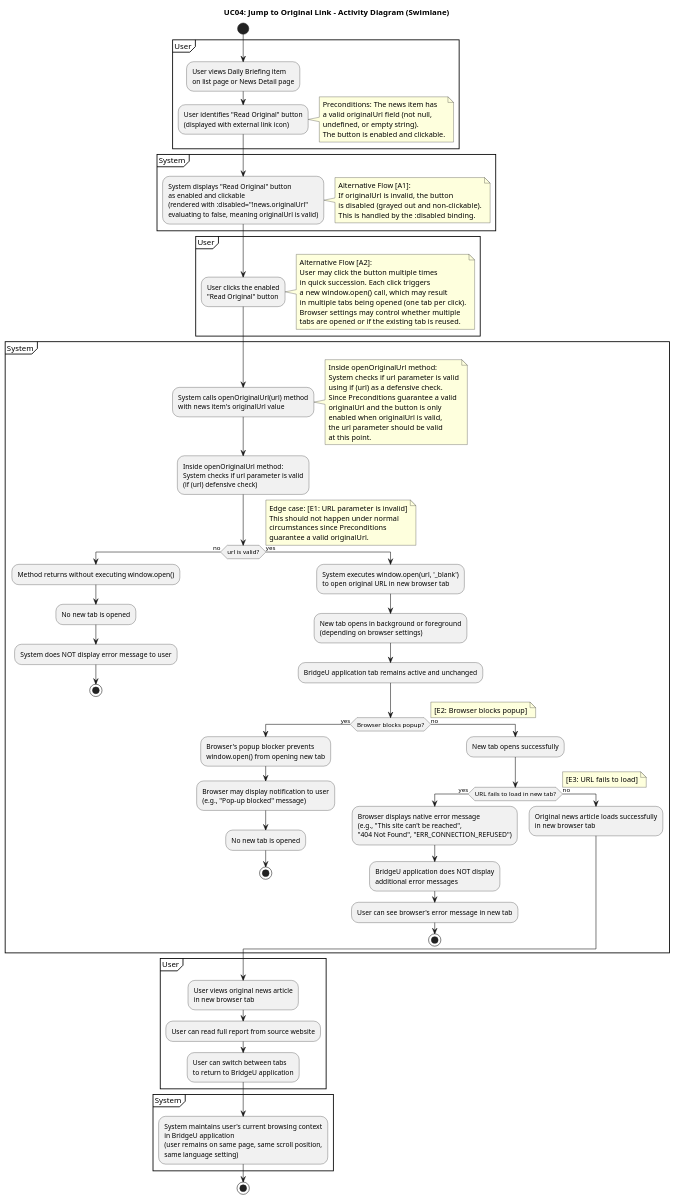
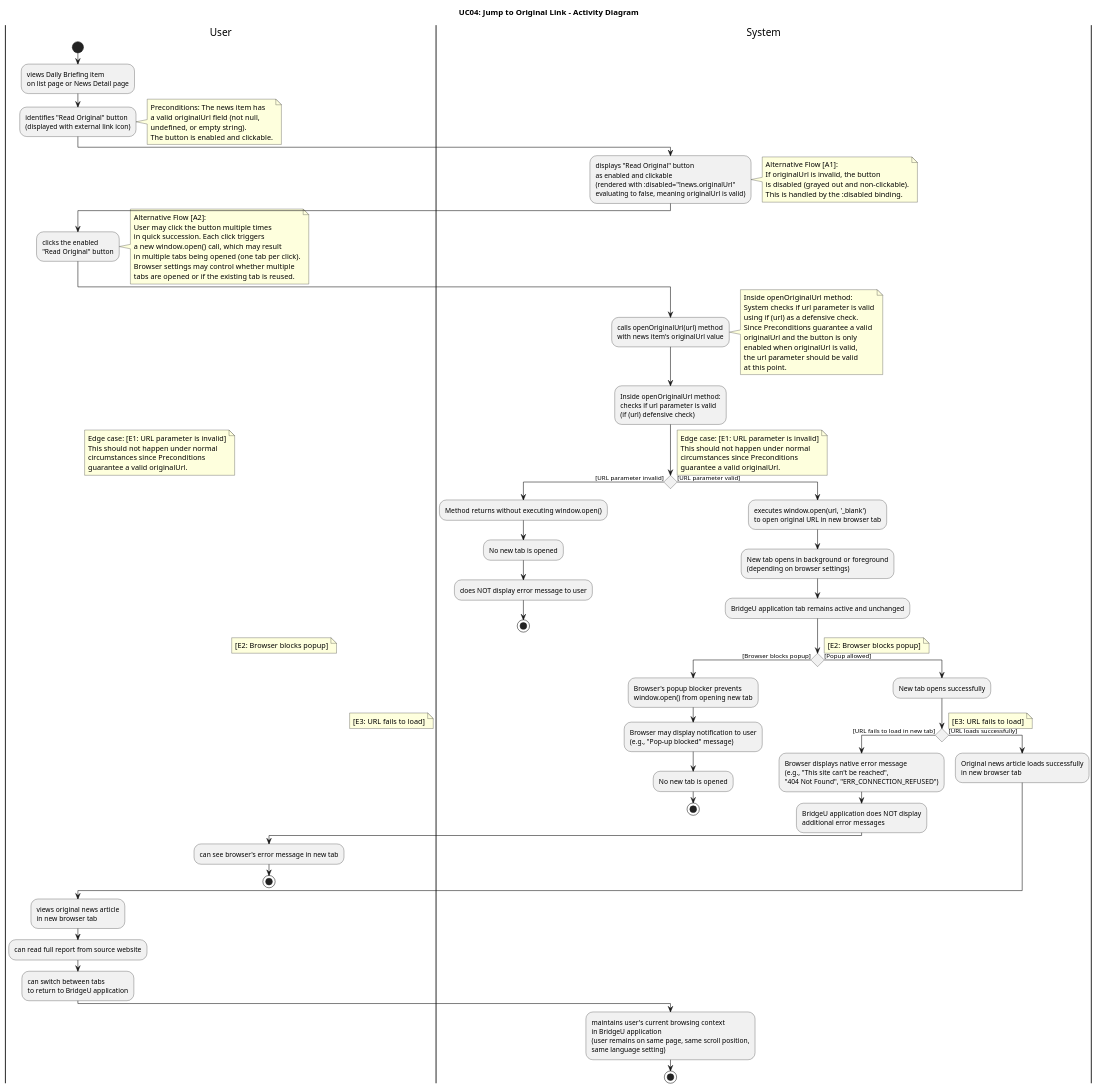
The sixth of 27 diagrams in springboot-backend/BridgeU-SRS.md (pzyllll/BridgeU), drawn with PlantUML before and after one commit. The commit also changed other lines of this file and 5 other files, not shown here.

````diff
--- a/springboot-backend/BridgeU-SRS.md
+++ b/springboot-backend/BridgeU-SRS.md
@@ -820,22 +891,20 @@
 ```plantuml
 @startuml UC04_Activity_Diagram
-title UC04: Jump to Original Link - Activity Diagram (Swimlane)
+title UC04: Jump to Original Link - Activity Diagram
 
+|User|
 start
-
-partition "User" {
-  :User views Daily Briefing item\non list page or News Detail page;
-  :User identifies "Read Original" button\n(displayed with external link icon);
+:views Daily Briefing item\non list page or News Detail page;
+:identifies "Read Original" button\n(displayed with external link icon);
   note right
     Preconditions: The news item has
     a valid originalUrl field (not null,
     undefined, or empty string).
     The button is enabled and clickable.
   end note
-}
 
-partition "System" {
-  :System displays "Read Original" button\nas enabled and clickable\n(rendered with :disabled="!news.originalUrl"\nevaluating to false, meaning originalUrl is valid);
+|System|
+:displays "Read Original" button\nas enabled and clickable\n(rendered with :disabled="!news.originalUrl"\nevaluating to false, meaning originalUrl is valid);
   
   note right
     Alternative Flow [A1]:
@@ -843,10 +912,9 @@
     is disabled (grayed out and non-clickable).
     This is handled by the :disabled binding.
   end note
-}
 
-partition "User" {
-  :User clicks the enabled\n"Read Original" button;
+|User|
+:clicks the enabled\n"Read Original" button;
   
   note right
     Alternative Flow [A2]:
@@ -857,10 +925,9 @@
     Browser settings may control whether multiple
     tabs are opened or if the existing tab is reused.
   end note
-}
 
-partition "System" {
-  :System calls openOriginalUrl(url) method\nwith news item's originalUrl value;
+|System|
+:calls openOriginalUrl(url) method\nwith news item's originalUrl value;
   
   note right
     Inside openOriginalUrl method:
@@ -873,9 +940,9 @@
     at this point.
   end note
   
-  :Inside openOriginalUrl method:\nSystem checks if url parameter is valid\n(if (url) defensive check);
+:Inside openOriginalUrl method:\nchecks if url parameter is valid\n(if (url) defensive check);
   
-  if (url is valid?) then (no)
+if () then ([URL parameter invalid])
     note right
       Edge case: [E1: URL parameter is invalid]
       This should not happen under normal
@@ -884,14 +951,14 @@
     end note
     :Method returns without executing window.open();
     :No new tab is opened;
-    :System does NOT display error message to user;
+  :does NOT display error message to user;
     stop
-  else (yes)
-    :System executes window.open(url, '_blank')\nto open original URL in new browser tab;
+else ([URL parameter valid])
+  :executes window.open(url, '_blank')\nto open original URL in new browser tab;
     :New tab opens in background or foreground\n(depending on browser settings);
     :BridgeU application tab remains active and unchanged;
     
-    if (Browser blocks popup?) then (yes)
+  if () then ([Browser blocks popup])
       note right
         [E2: Browser blocks popup]
       end note
@@ -899,33 +966,32 @@
       :Browser may display notification to user\n(e.g., "Pop-up blocked" message);
       :No new tab is opened;
       stop
-    else (no)
+  else ([Popup allowed])
       :New tab opens successfully;
       
-      if (URL fails to load in new tab?) then (yes)
+    if () then ([URL fails to load in new tab])
         note right
           [E3: URL fails to load]
         end note
         :Browser displays native error message\n(e.g., "This site can't be reached",\n"404 Not Found", "ERR_CONNECTION_REFUSED");
         :BridgeU application does NOT display\nadditional error messages;
-        :User can see browser's error message in new tab;
+      |User|
+      :can see browser's error message in new tab;
         stop
-      else (no)
+    else ([URL loads successfully])
+      |System|
         :Original news article loads successfully\nin new browser tab;
       endif
     endif
   endif
-}
 
-partition "User" {
-  :User views original news article\nin new browser tab;
-  :User can read full report from source website;
-  :User can switch between tabs\nto return to BridgeU application;
-}
+|User|
+:views original news article\nin new browser tab;
+:can read full report from source website;
+:can switch between tabs\nto return to BridgeU application;
 
-partition "System" {
-  :System maintains user's current browsing context\nin BridgeU application\n(user remains on same page, same scroll position,\nsame language setting);
-}
+|System|
+:maintains user's current browsing context\nin BridgeU application\n(user remains on same page, same scroll position,\nsame language setting);
 
 stop
 
````
